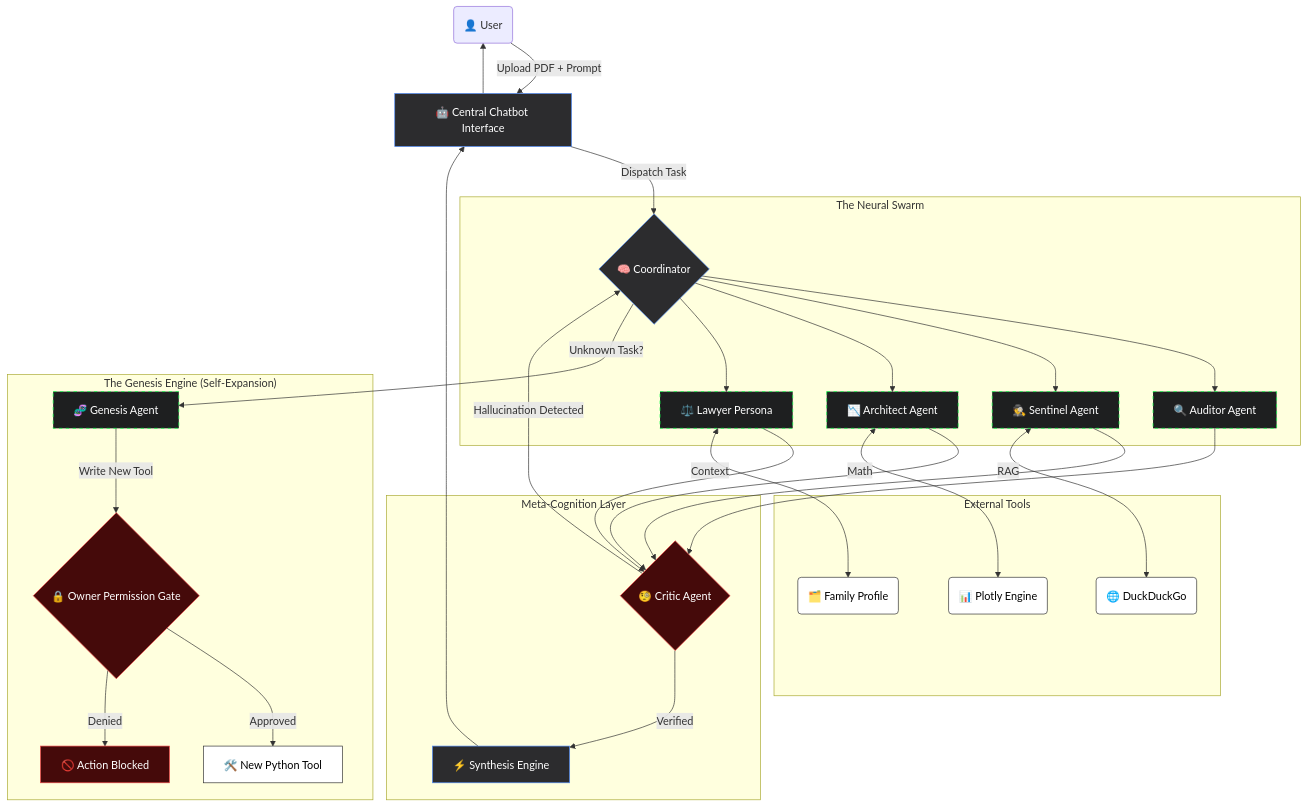
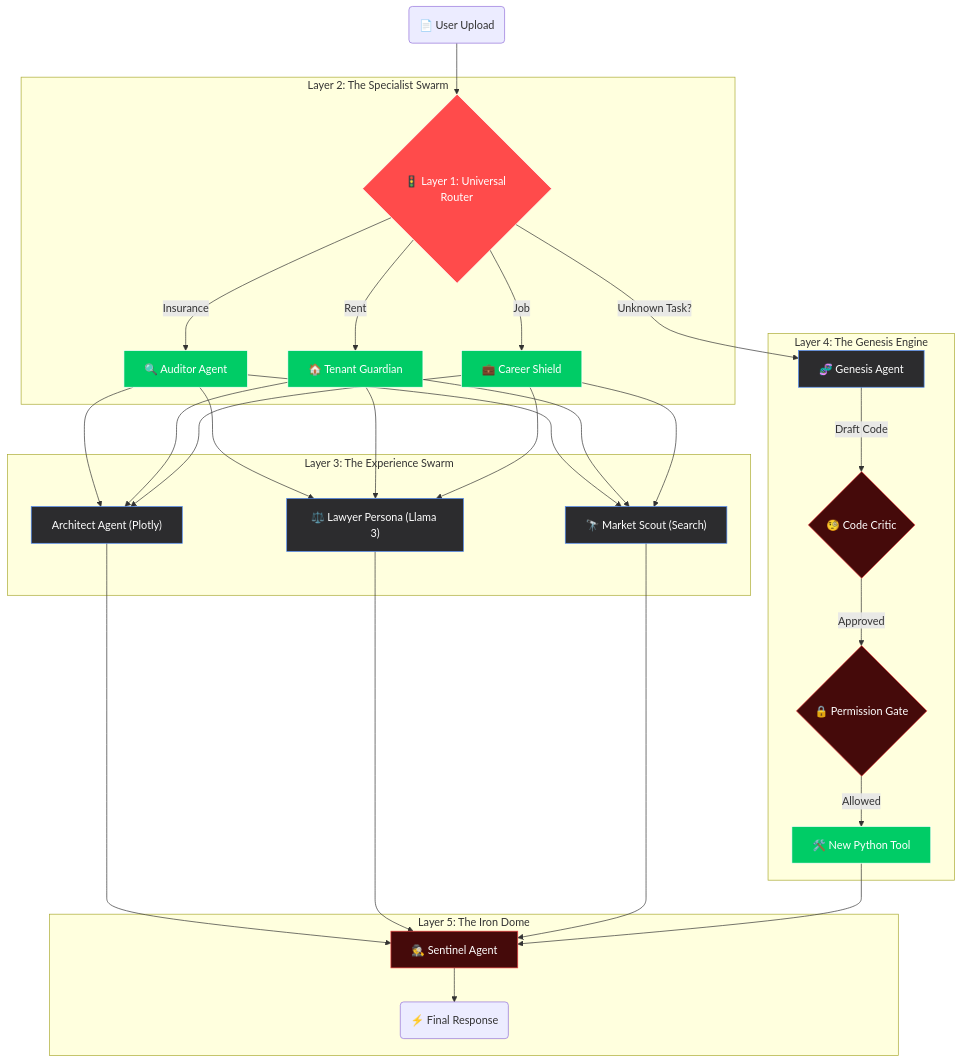
One commit to deepakdk9669-collab/PolicyPARAKH changed the second of 2 diagrams in README.md. Above: the diagram before and after it, drawn with Mermaid. The commit also changed other lines of this file, not shown here.

````diff
--- a/README.md
+++ b/README.md
@@ -126,41 +189,34 @@
 ```mermaid
 graph TD
     %% Styles
-    classDef user fill:#000,stroke:#fff,color:#fff
-    classDef bot fill:#2C2C2E,stroke:#4F8BF9,color:#fff
-    classDef agent fill:#1E1F20,stroke:#00FF41,color:#fff,stroke-dasharray: 5 5
-    classDef critic fill:#450a0a,stroke:#EF4444,color:#fff
-    classDef tool fill:#fff,stroke:#333,color:#000
+    classDef router fill:#FF4B4B,stroke:#fff,color:#fff
+    classDef specialist fill:#00CC66,stroke:#fff,color:#fff
+    classDef experience fill:#2C2C2E,stroke:#4F8BF9,color:#fff
+    classDef safety fill:#450a0a,stroke:#EF4444,color:#fff
 
-    User(👤 User ) --> |"Upload PDF + Prompt"| Chat[🤖 Central Chatbot Interface]:::bot
-    Chat --> |"Dispatch Task"| Brain{🧠 Coordinator}:::bot
+    Input(📄 User Upload) --> Router{🚦 Layer 1: Universal Router}:::router
 
-    subgraph "The Neural Swarm"
-        Brain --> Auditor[🔍 Auditor Agent]:::agent
-        Brain --> Sentinel[🕵️ Sentinel Agent]:::agent
-        Brain --> Architect[📉 Architect Agent]:::agent
-        Brain --> Lawyer[⚖️ Lawyer Persona]:::agent
+    subgraph "Layer 2: The Specialist Swarm"
+        Router -- "Insurance" --> Auditor[🔍 Auditor Agent]:::specialist
+        Router -- "Rent" --> Tenant[🏠 Tenant Guardian]:::specialist
+        Router -- "Job" --> Career[💼 Career Shield]:::specialist
     end
 
-    subgraph "Meta-Cognition Layer"
-        Auditor & Sentinel & Architect & Lawyer --> Critic{🧐 Critic Agent}:::critic
-        Critic -- "Hallucination Detected" --> Brain
-        Critic -- "Verified" --> Response[⚡ Synthesis Engine]:::bot
+    subgraph "Layer 3: The Experience Swarm"
+        Auditor & Tenant & Career --> Architect["Architect Agent (Plotly)"]:::experience
+        Auditor & Tenant & Career --> Lawyer["⚖️ Lawyer Persona (Llama 3)"]:::experience
+        Auditor & Tenant & Career --> Scout["🔭 Market Scout (Search)"]:::experience
     end
 
-    subgraph "The Genesis Engine (Self-Expansion)"
-        Brain -- "Unknown Task?" --> Genesis[🧬 Genesis Agent]:::agent
-        Genesis -- "Write New Tool" --> Gate{🔒 Owner Permission Gate}:::critic
-        Gate -- "Approved" --> NewTool[🛠️ New Python Tool]:::tool
-        Gate -- "Denied" --> Block[🚫 Action Blocked]:::critic
+    subgraph "Layer 4: The Genesis Engine"
+        Router -- "Unknown Task?" --> Genesis[🧬 Genesis Agent]:::experience
+        Genesis -- "Draft Code" --> Critic{🧐 Code Critic}:::safety
+        Critic -- "Approved" --> Gate{🔒 Permission Gate}:::safety
+        Gate -- "Allowed" --> Tool[🛠️ New Python Tool]:::specialist
     end
 
-    subgraph "External Tools"
-        Sentinel <--> |RAG| Web(🌐 DuckDuckGo):::tool
-        Architect <--> |Math| Plot(📊 Plotly Engine):::tool
-        Lawyer <--> |Context| Mem(🗂️ Family Profile):::tool
+    subgraph "Layer 5: The Iron Dome"
+        Architect & Lawyer & Scout & Tool --> Sentinel[🕵️ Sentinel Agent]:::safety
+        Sentinel --> Output(⚡ Final Response)
     end
-
-    Response --> Chat
-    Chat --> User
 ```
````
